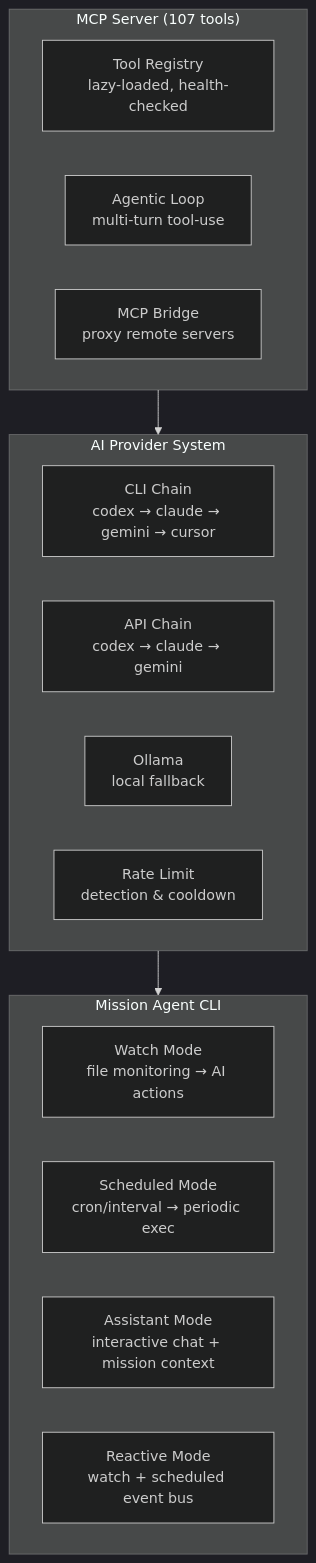
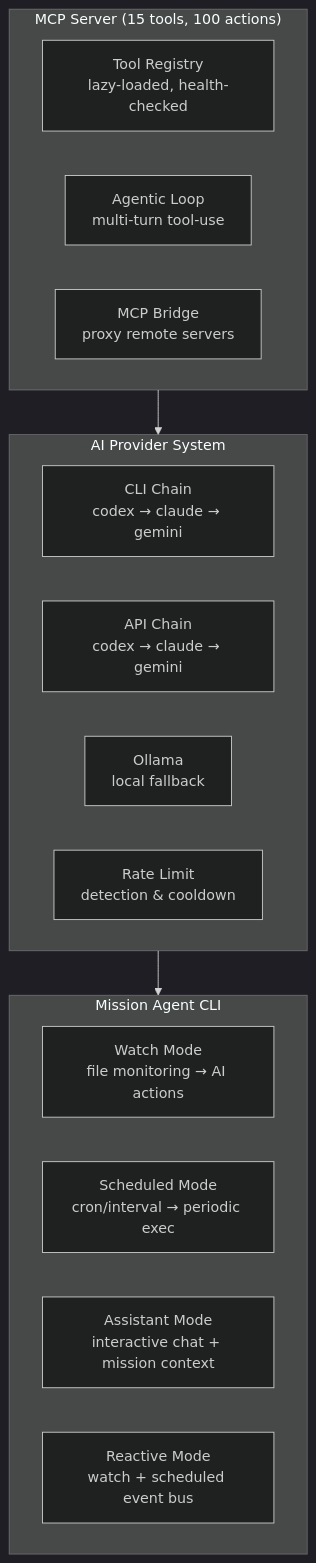
The diagram in README.md (sudohakan/HakanMCP), drawn with Mermaid (dark theme) before and after one commit. The commit also changed other lines of this file and 1 other file, not shown here.

````diff
--- a/README.md
+++ b/README.md
@@ -237,25 +237,25 @@
 ```mermaid
 graph TB
-    subgraph MCP["MCP Server (107 tools)"]
+    subgraph MCP["MCP Server (15 tools, 100 actions)"]
         TR[Tool Registry<br/>lazy-loaded, health-checked]
         AL[Agentic Loop<br/>multi-turn tool-use]
         MB[MCP Bridge<br/>proxy remote servers]
     end
 
     subgraph AI["AI Provider System"]
-        CLI[CLI Chain<br/>codex → claude → gemini → cursor]
+        CLI[CLI Chain<br/>codex → claude → gemini]
         API[API Chain<br/>codex → claude → gemini]
         OL[Ollama<br/>local fallback]
         RL[Rate Limit<br/>detection & cooldown]
     end
 
     subgraph MISSION["Mission Agent CLI"]
         WM[Watch Mode<br/>file monitoring → AI actions]
         SM[Scheduled Mode<br/>cron/interval → periodic exec]
         AM[Assistant Mode<br/>interactive chat + mission context]
         RM[Reactive Mode<br/>watch + scheduled event bus]
     end
 
     MCP --> AI
     AI --> MISSION
 ```
````
